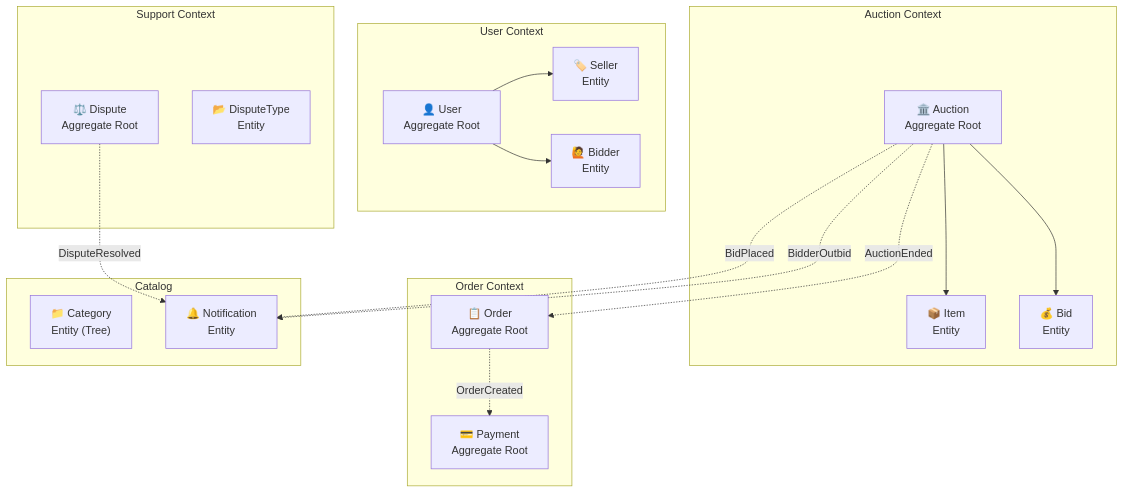
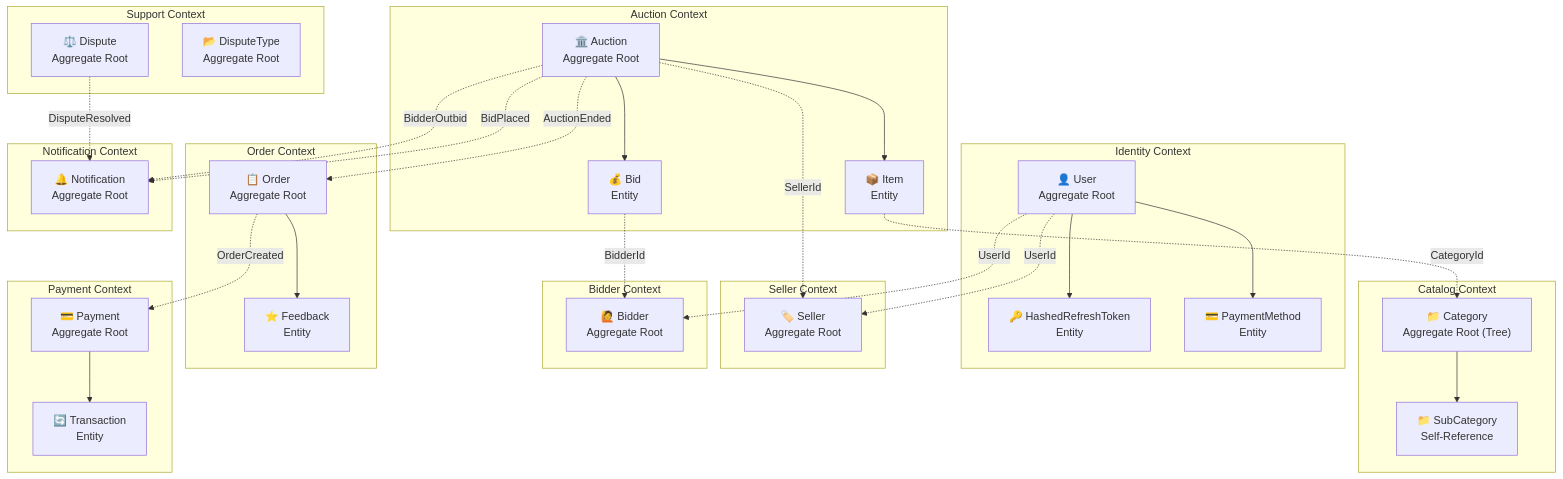
The first of 3 diagrams in README.md (omarabumuhfouz/Real-Time-Auction-System), drawn with Mermaid before and after one commit. The commit also changed other lines of this file, not shown here.

````diff
--- a/README.md
+++ b/README.md
@@ -217,39 +264,64 @@
 ```mermaid
 graph TB
     subgraph Auction Context
         A["🏛️ Auction<br/>Aggregate Root"]
-        B["📦 Item<br/>Entity"]
-        C["💰 Bid<br/>Entity"]
-        A --> B
-        A --> C
+        A_item["📦 Item<br/>Entity"]
+        A_bid["💰 Bid<br/>Entity"]
+        A --> A_item
+        A --> A_bid
     end
 
-    subgraph User Context
-        D["👤 User<br/>Aggregate Root"]
-        E["🏷️ Seller<br/>Entity"]
-        F["🙋 Bidder<br/>Entity"]
-        D --> E
-        D --> F
+    subgraph Identity Context
+        U["👤 User<br/>Aggregate Root"]
+        U_token["🔑 HashedRefreshToken<br/>Entity"]
+        U_pm["💳 PaymentMethod<br/>Entity"]
+        U --> U_token
+        U --> U_pm
+    end
+
+    subgraph Seller Context
+        S["🏷️ Seller<br/>Aggregate Root"]
+    end
+
+    subgraph Bidder Context
+        B["🙋 Bidder<br/>Aggregate Root"]
     end
 
     subgraph Order Context
-        G["📋 Order<br/>Aggregate Root"]
-        H["💳 Payment<br/>Aggregate Root"]
+        O["📋 Order<br/>Aggregate Root"]
+        O_fb["⭐ Feedback<br/>Entity"]
+        O --> O_fb
+    end
+
+    subgraph Payment Context
+        P["💳 Payment<br/>Aggregate Root"]
+        P_tx["🔄 Transaction<br/>Entity"]
+        P --> P_tx
     end
 
     subgraph Support Context
-        I["⚖️ Dispute<br/>Aggregate Root"]
-        J["📂 DisputeType<br/>Entity"]
+        D["⚖️ Dispute<br/>Aggregate Root"]
+        DT["📂 DisputeType<br/>Aggregate Root"]
     end
 
-    subgraph Catalog
-        K["📁 Category<br/>Entity (Tree)"]
-        L["🔔 Notification<br/>Entity"]
+    subgraph Catalog Context
+        C["📁 Category<br/>Aggregate Root (Tree)"]
+        C_sub["📁 SubCategory<br/>Self-Reference"]
+        C --> C_sub
     end
 
-    A -.->|"AuctionEnded"| G
-    G -.->|"OrderCreated"| H
-    A -.->|"BidPlaced"| L
-    A -.->|"BidderOutbid"| L
-    I -.->|"DisputeResolved"| L
+    subgraph Notification Context
+        N["🔔 Notification<br/>Aggregate Root"]
+    end
+
+    U -.->|"UserId"| S
+    U -.->|"UserId"| B
+    A -.->|"AuctionEnded"| O
+    O -.->|"OrderCreated"| P
+    A -.->|"BidPlaced"| N
+    A -.->|"BidderOutbid"| N
+    A_bid -.->|"BidderId"| B
+    A -.->|"SellerId"| S
+    A_item -.->|"CategoryId"| C
+    D -.->|"DisputeResolved"| N
 ```
````
